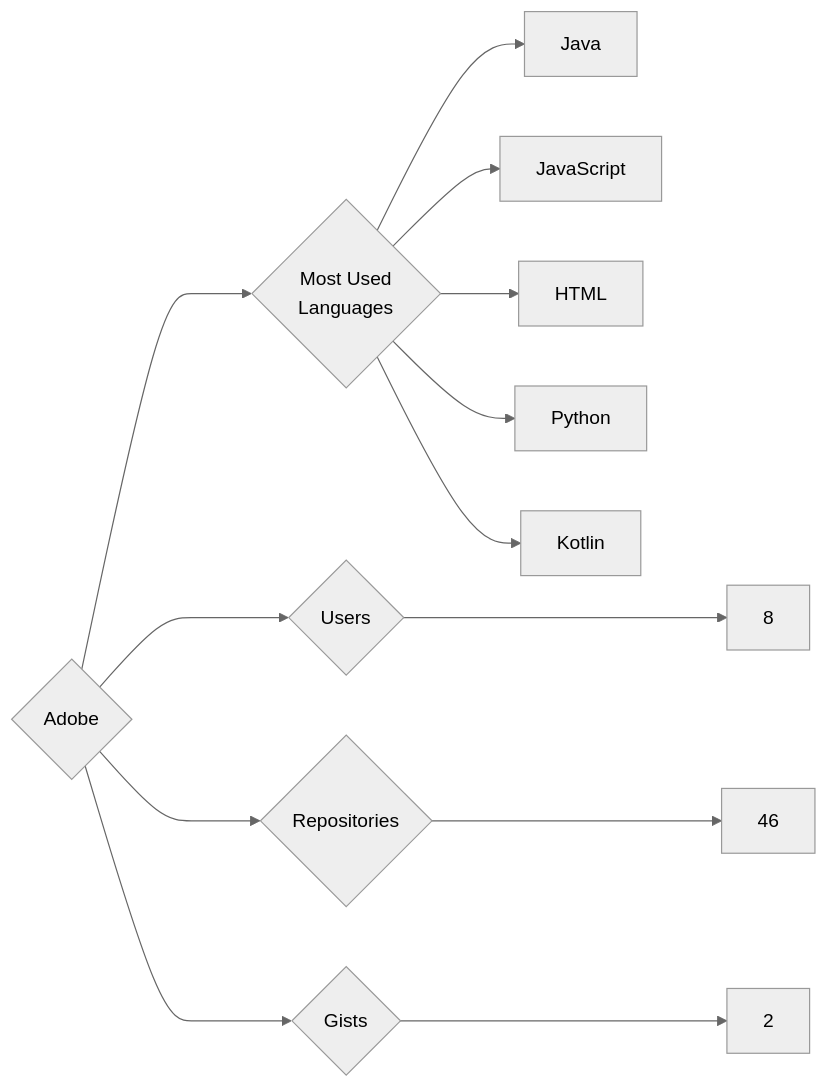
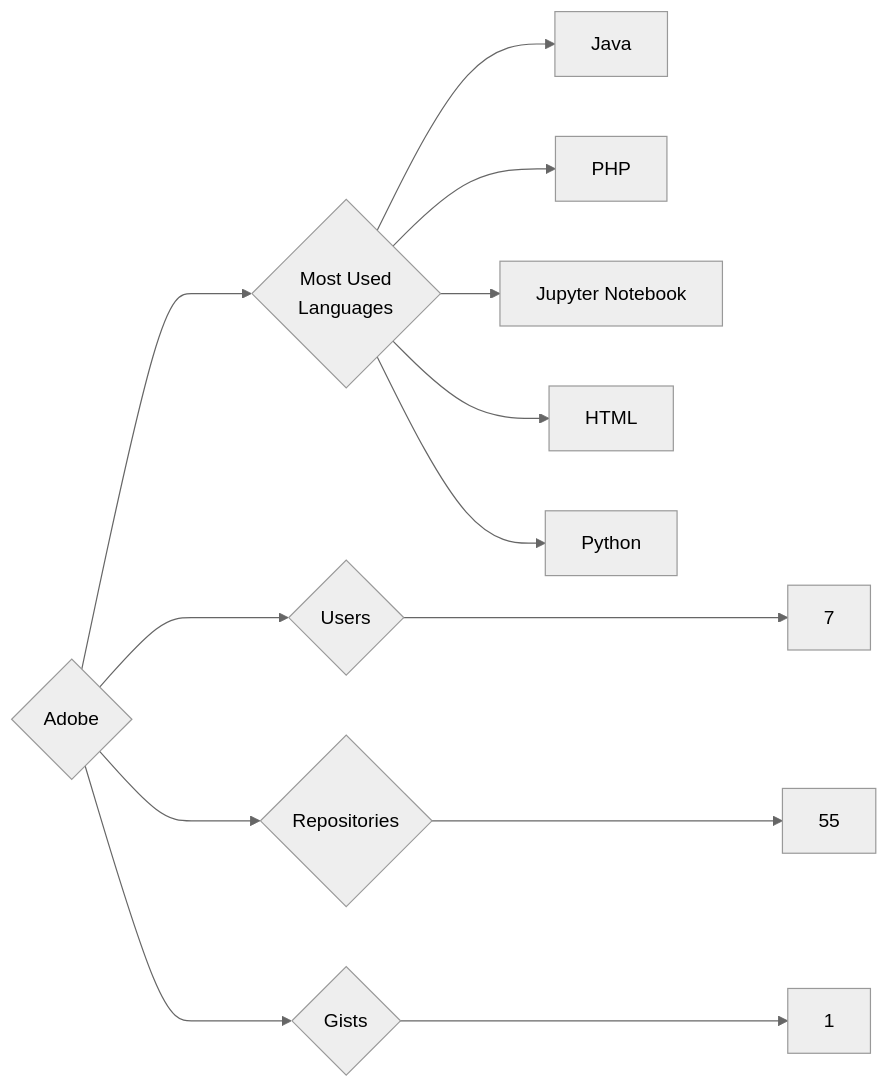
Before and after one commit to trickest/insiders: the diagram in targets/Adobe/README.md, drawn with Mermaid (neutral theme). The commit also changed 1089 other files, not shown here.

````diff
--- a/targets/Adobe/README.md
+++ b/targets/Adobe/README.md
@@ -3,13 +3,13 @@
 ```mermaid
 graph LR
 COMPANY_NAME{Adobe}
-COMPANY_NAME ---> U{Users} ---> UN[8]
-COMPANY_NAME ---> R{Repositories} ---> RN[46]
-COMPANY_NAME ---> G{Gists} ---> GN[2]
+COMPANY_NAME ---> U{Users} ---> UN[7]
+COMPANY_NAME ---> R{Repositories} ---> RN[55]
+COMPANY_NAME ---> G{Gists} ---> GN[1]
 COMPANY_NAME ---> ML{Most Used<br>Languages}
 ML --> Java[Java]
-ML --> JavaScript[JavaScript]
+ML --> PHP[PHP]
+ML --> Jupyter_Notebook[Jupyter Notebook]
 ML --> HTML[HTML]
 ML --> Python[Python]
-ML --> Kotlin[Kotlin]
 ```
````
